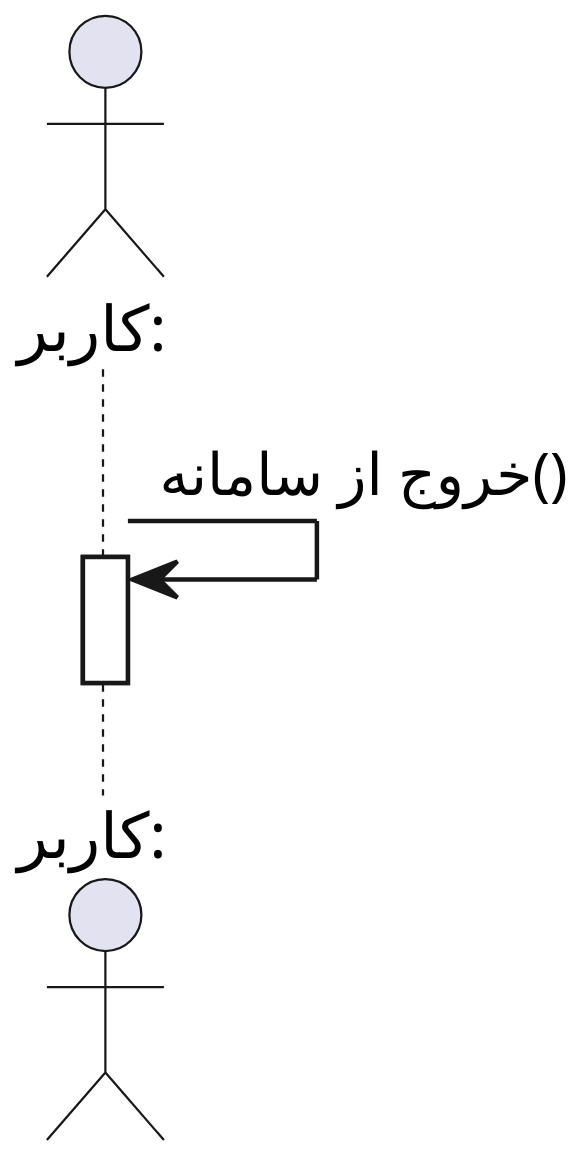
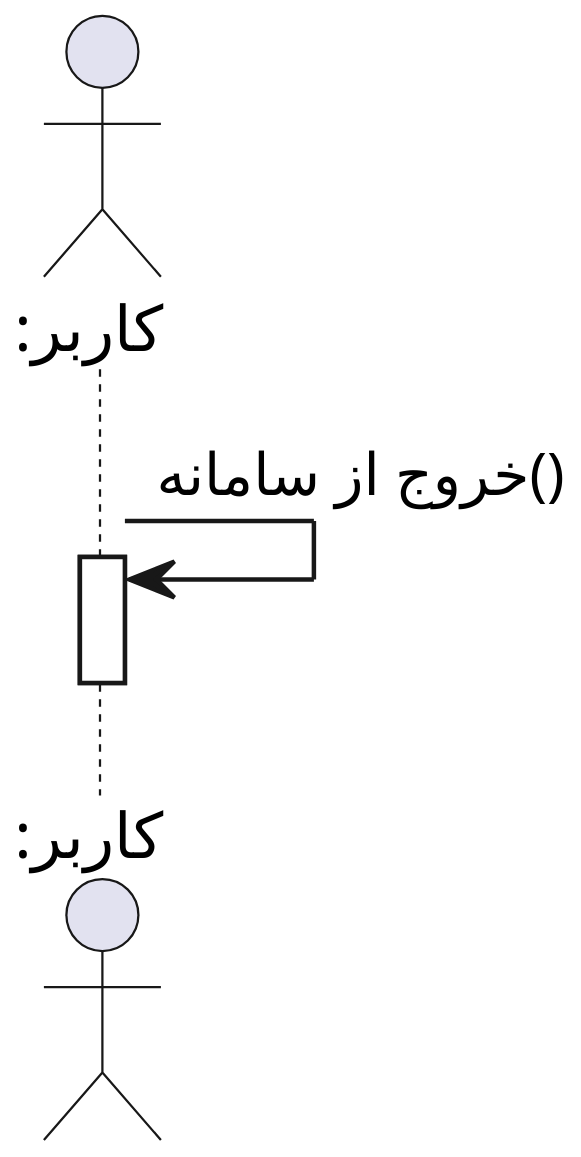
The diagram in Diagrams/Sequence/Logout.puml (soleyman79/Qasedak), drawn with PlantUML before and after one commit. The commit also changed 6 other files, not shown here.

```diff
--- a/Diagrams/Sequence/Logout.puml
+++ b/Diagrams/Sequence/Logout.puml
@@ -1,16 +1,16 @@
 @startuml logout
 
 
 scale 3
 skinparam DefaultFontName Vazir
 skinparam DefaultTextAlignment left
 
  
-actor "کاربر:" as user
+actor ":کاربر" as user
 
 user -> user : خروج از سامانه()
 activate user
 deactivate user
 
 
 @enduml
```
